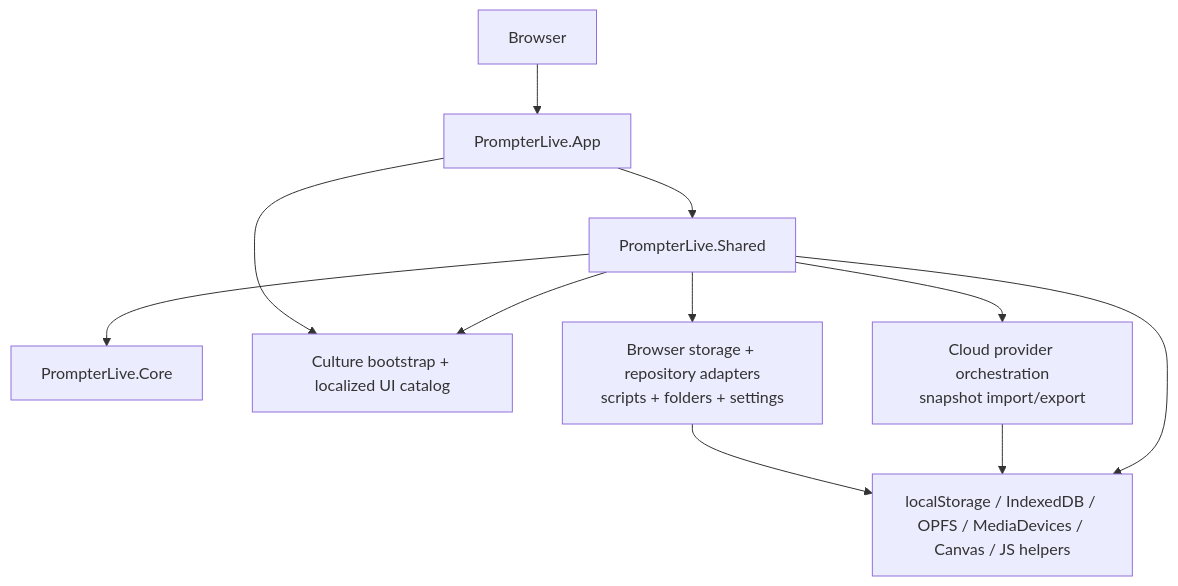
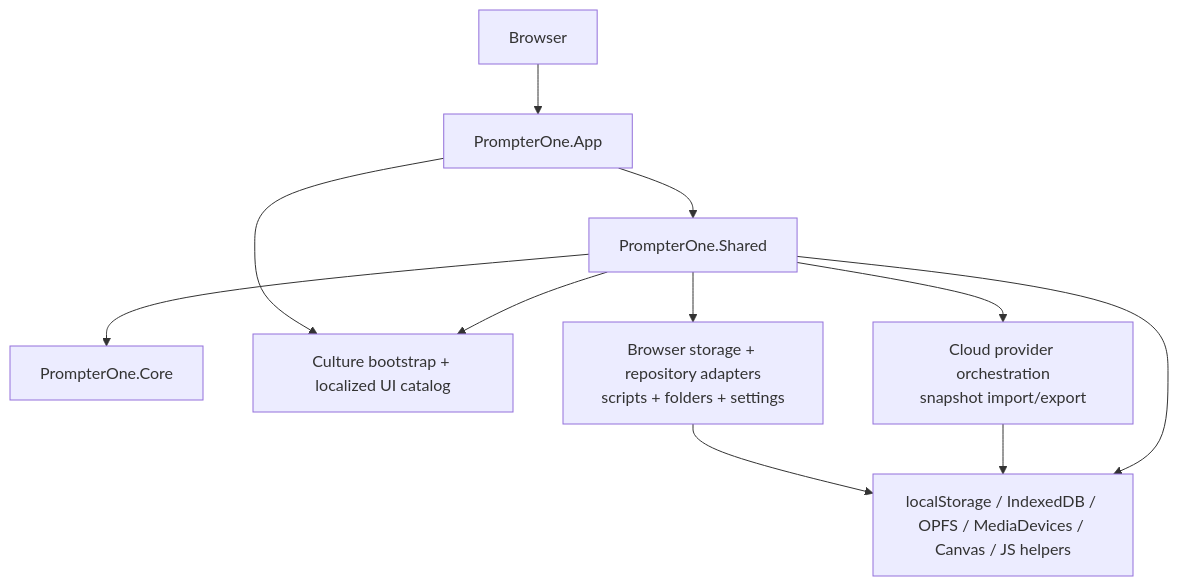
The second of 12 diagrams in docs/Architecture.md (managedcode/PrompterOne), drawn with Mermaid before and after one commit. The commit also changed other lines of this file and 895 other files, not shown here.

Commit message:
rename to PrompterOne

````diff
--- a/docs/Architecture.md
+++ b/docs/Architecture.md
@@ -119,22 +119,22 @@
 ```mermaid
 flowchart TD
     Browser["Browser"]
-    WasmHost["PrompterLive.App"]
-    Ui["PrompterLive.Shared"]
-    Domain["PrompterLive.Core"]
+    WasmHost["PrompterOne.App"]
+    Ui["PrompterOne.Shared"]
+    Domain["PrompterOne.Core"]
     Localization["Culture bootstrap + localized UI catalog"]
     BrowserStorage["Browser storage + repository adapters<br/>scripts + folders + settings"]
     CloudStorage["Cloud provider orchestration<br/>snapshot import/export"]
     WebApis["localStorage / IndexedDB / OPFS / MediaDevices / Canvas / JS helpers"]
 
     Browser --> WasmHost
     WasmHost --> Ui
     Ui --> Domain
     WasmHost --> Localization
     Ui --> Localization
     Ui --> BrowserStorage
     Ui --> CloudStorage
     BrowserStorage --> WebApis
     CloudStorage --> WebApis
     Ui --> WebApis
 ```
````
